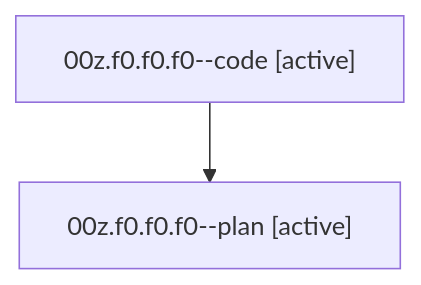
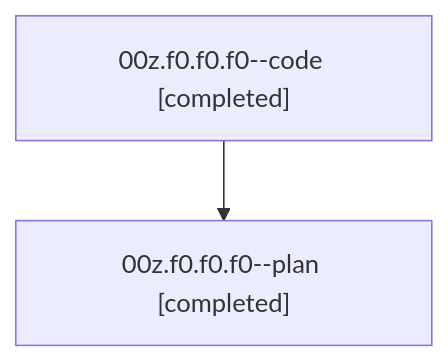
The diagram in families/bbugyi200.athena.00z.f0.f0.f0.md (sase-org/sase--agents), drawn with Mermaid before and after one commit. The commit also changed other lines of this file and 60 other files, not shown here.

````diff
--- a/families/bbugyi200.athena.00z.f0.f0.f0.md
+++ b/families/bbugyi200.athena.00z.f0.f0.f0.md
@@ -9,6 +9,6 @@
 ```mermaid
 flowchart TD
-  n0["00z.f0.f0.f0--code [active]"]
-  n1["00z.f0.f0.f0--plan [active]"]
+  n0["00z.f0.f0.f0--code [completed]"]
+  n1["00z.f0.f0.f0--plan [completed]"]
   n0 --> n1
 ```
````
